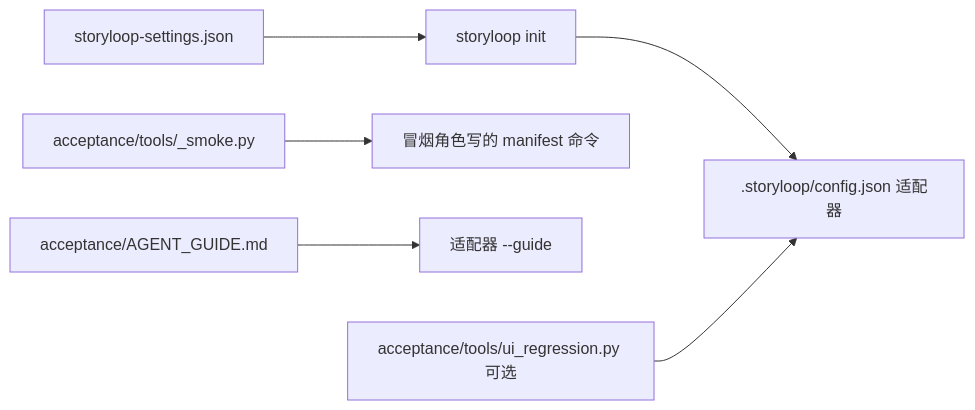
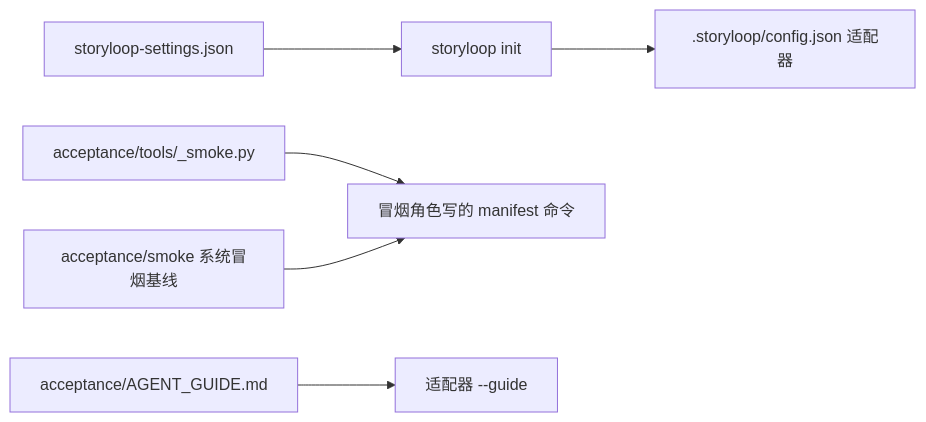
Before and after one commit to jinlin725168-ai/storyloop: the diagram in docs/onboarding-a-repository.md, drawn with Mermaid. The commit also changed other lines of this file and 50 other files, not shown here.

````diff
--- a/docs/onboarding-a-repository.md
+++ b/docs/onboarding-a-repository.md
@@ -5,8 +5,8 @@
 ```mermaid
 flowchart LR
     S[storyloop-settings.json] --> I[storyloop init]
     I --> C[.storyloop/config.json 适配器]
     T[acceptance/tools/<stack>_smoke.py] --> M[冒烟角色写的 manifest 命令]
     G[acceptance/AGENT_GUIDE.md] --> A[适配器 --guide]
-    U[acceptance/tools/ui_regression.py 可选] --> C
+    S2[acceptance/smoke 系统冒烟基线] --> M
 ```
````
